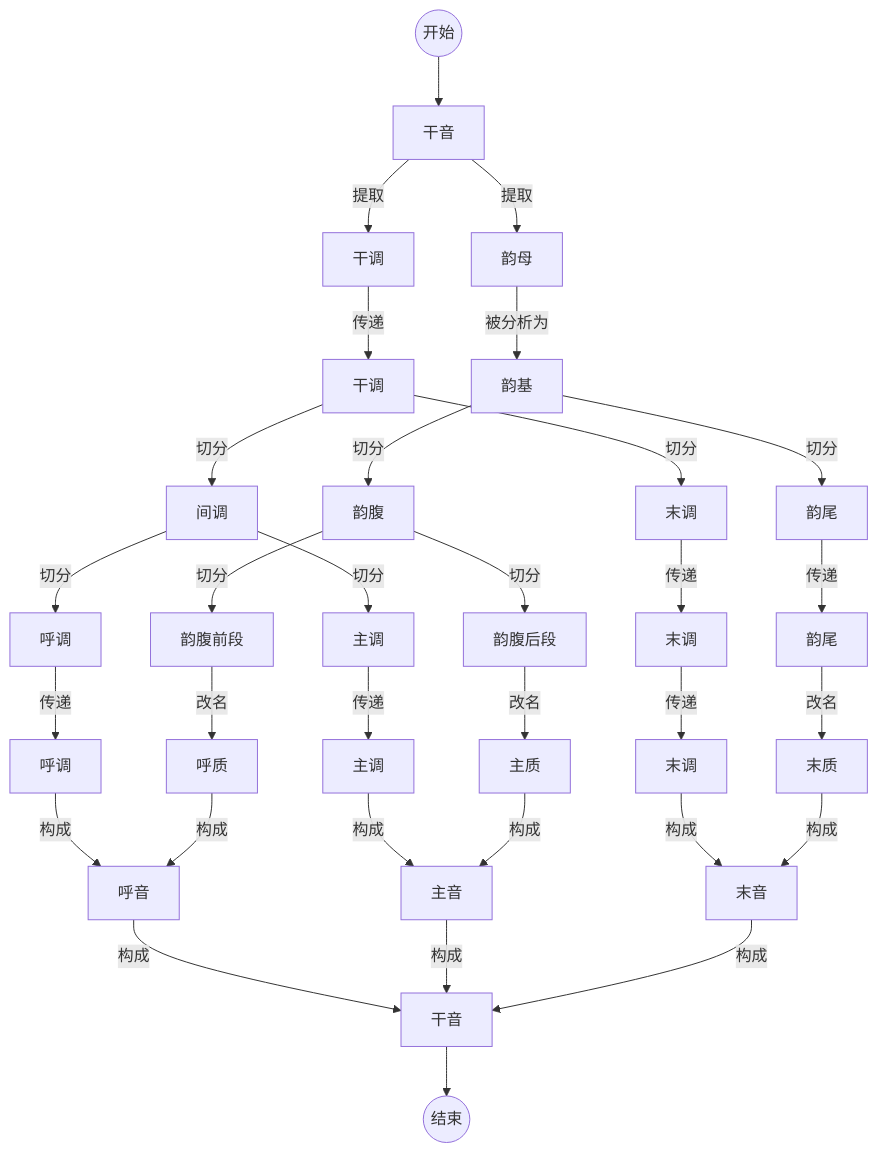
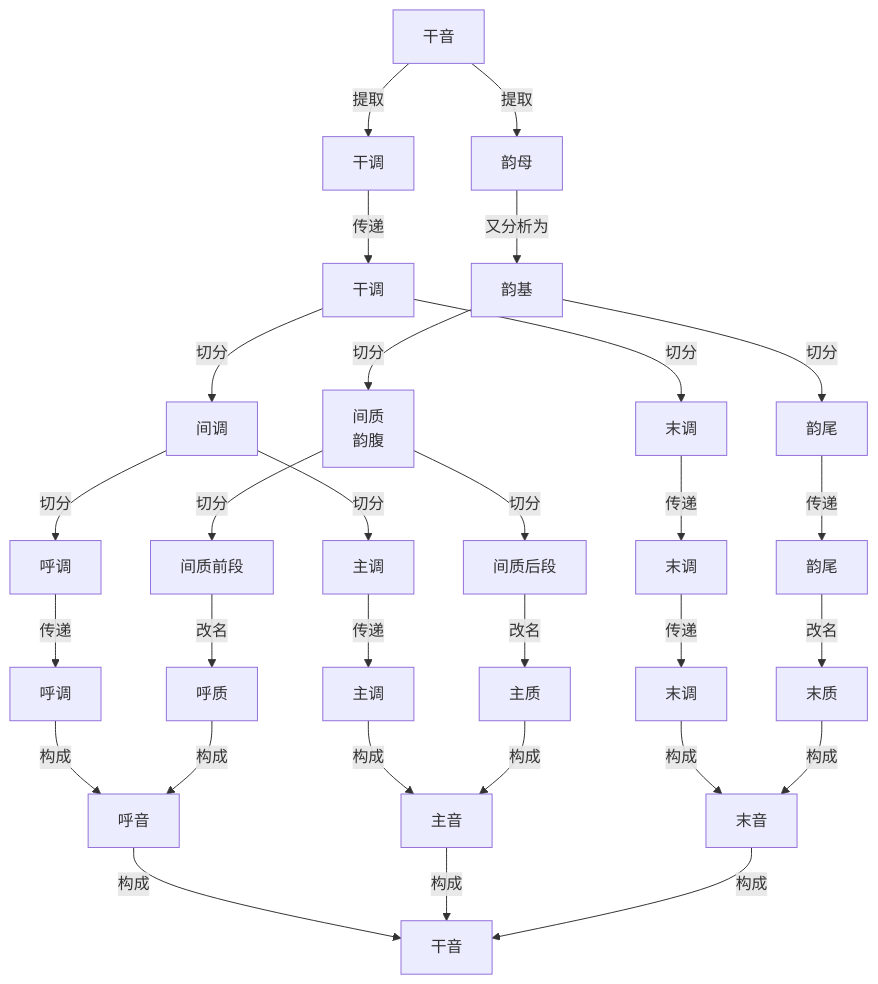
One commit to tsaanghwang/Yime-prototype changed the diagram in YIME_Theory/flowchart/前长干音分析.mmd. Above: the diagram before and after it, drawn with Mermaid. The commit also changed 49 other files, not shown here.

```diff
--- a/YIME_Theory/flowchart/前长干音分析.mmd
+++ b/YIME_Theory/flowchart/前长干音分析.mmd
@@ -1,34 +1,33 @@
 graph TB
-    Start((开始)) --> A[干音]
+    A[干音]
     A --> |提取|B[干调]
     B --> |传递|B1[干调]
     B1 --> |切分|B2[间调]
     B1 --> |切分|B3[末调]
     B2 -->  |切分|B4[呼调]
     B2 -->  |切分|B5[主调]
     B3 -->  |传递|B6[末调]
     B4 -->  |传递|B7[呼调]
     B5 -->  |传递|B8[主调]
     B6 -->  |传递|B9[末调]
 
     A --> |提取|C[韵母]
-    C --> |被分析为|D[韵基]
-    D --> |切分|E[韵腹]
+    C --> |又分析为|D[韵基]
+    D --> |切分|E[间质<br>韵腹]
     D --> |切分|F[韵尾]
-    E --> |切分|G[韵腹前段]
-    E --> |切分|H[韵腹后段]
+    E --> |切分|G[间质前段]
+    E --> |切分|H[间质后段]
     G --> |改名|I[呼质]
     H --> |改名|J[主质]
     F -->  |传递|K[韵尾]
     K --> |改名|L[末质]
 
     B7 -->  |构成|M[呼音]
     I -->  |构成|M
     B8 -->  |构成|N[主音]
     J -->  |构成|N
     B9 -->  |构成|O[末音]
     L -->  |构成|O
     M -->  |构成|P[干音]
     N -->  |构成|P
     O -->  |构成|P
-    P --> End((结束))
```
